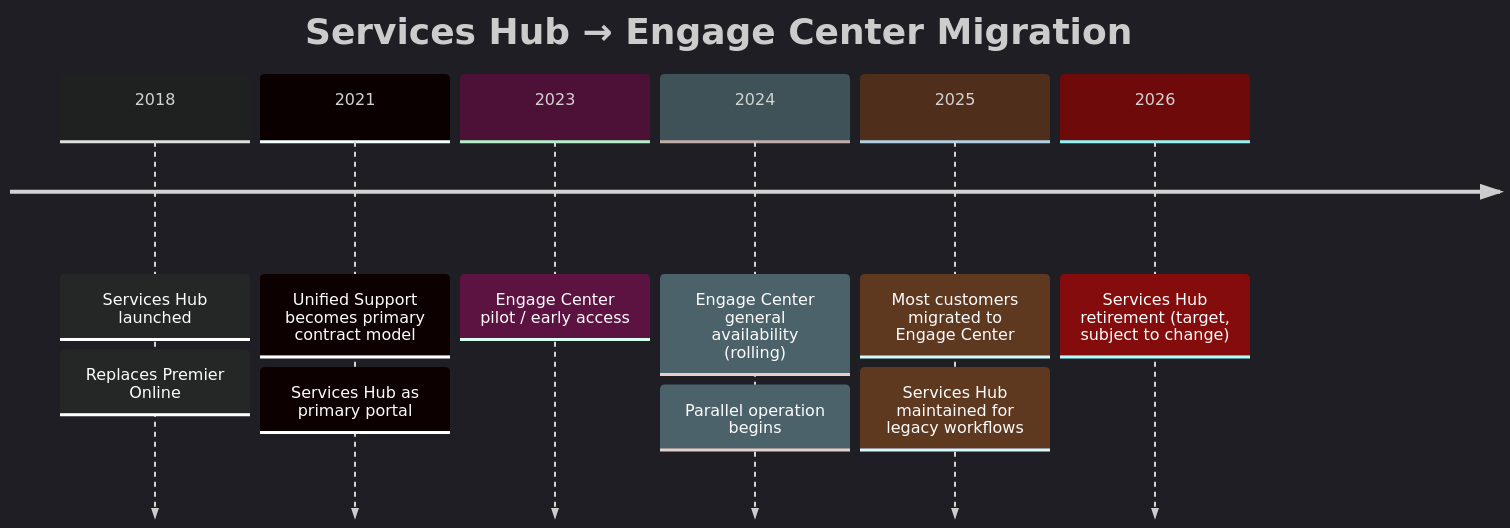
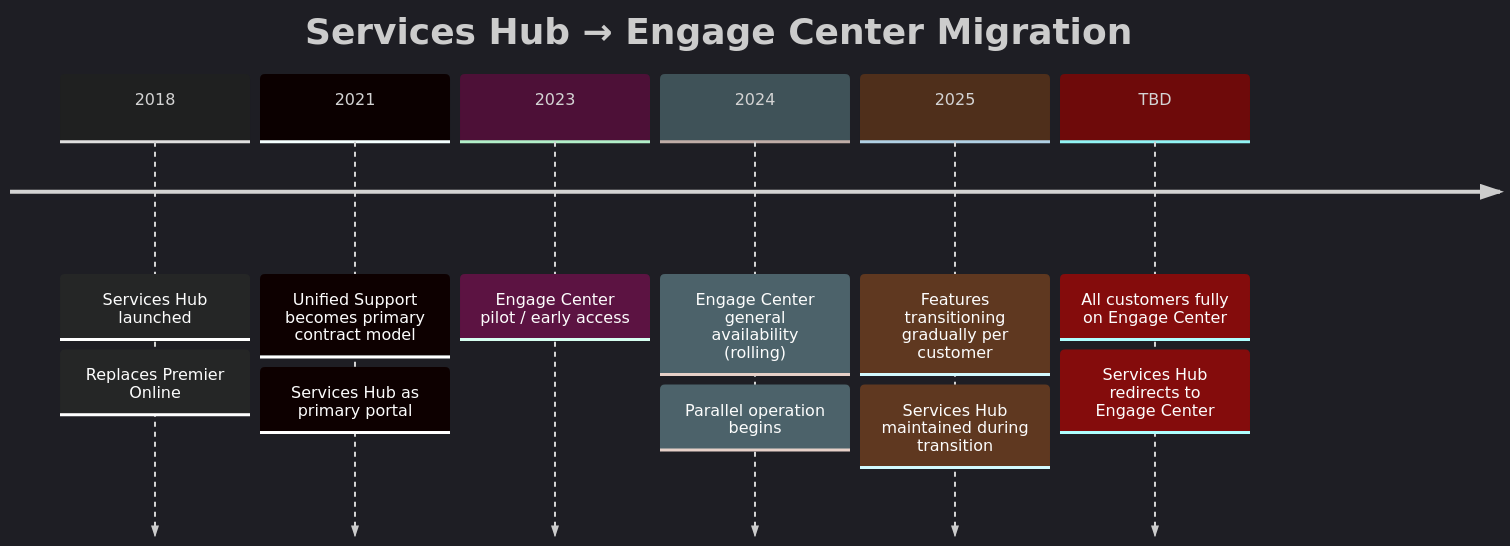
Before and after one commit to marcogrimaldi29/engage-center-notes: the first of 2 diagrams in 05-services-hub-comparison.md, drawn with Mermaid. The commit also changed other lines of this file and 1 other file, not shown here.

First line of the commit message:
Add Engage Center rollout phases and feature map

````diff
--- a/05-services-hub-comparison.md
+++ b/05-services-hub-comparison.md
@@ -34,15 +34,16 @@
 ```mermaid
 %%{init: {"theme":"dark"}}%%
 timeline
     title Services Hub → Engage Center Migration
     2018 : Services Hub launched
          : Replaces Premier Online
     2021 : Unified Support becomes primary contract model
          : Services Hub as primary portal
     2023 : Engage Center pilot / early access
     2024 : Engage Center general availability (rolling)
          : Parallel operation begins
-    2025 : Most customers migrated to Engage Center
-         : Services Hub maintained for legacy workflows
-    2026  : Services Hub retirement (target, subject to change)
+    2025 : Features transitioning gradually per customer
+         : Services Hub maintained during transition
+    TBD  : All customers fully on Engage Center
+         : Services Hub redirects to Engage Center
 ```
````
